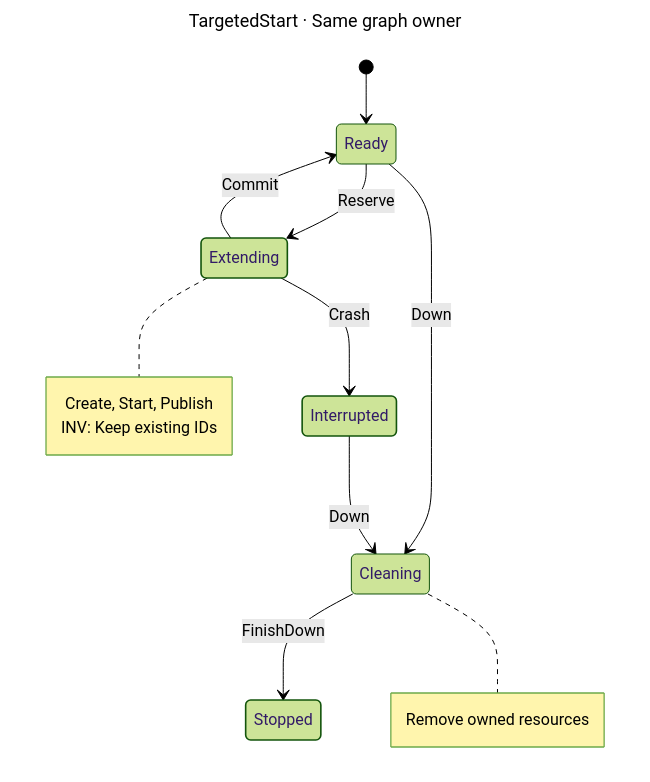
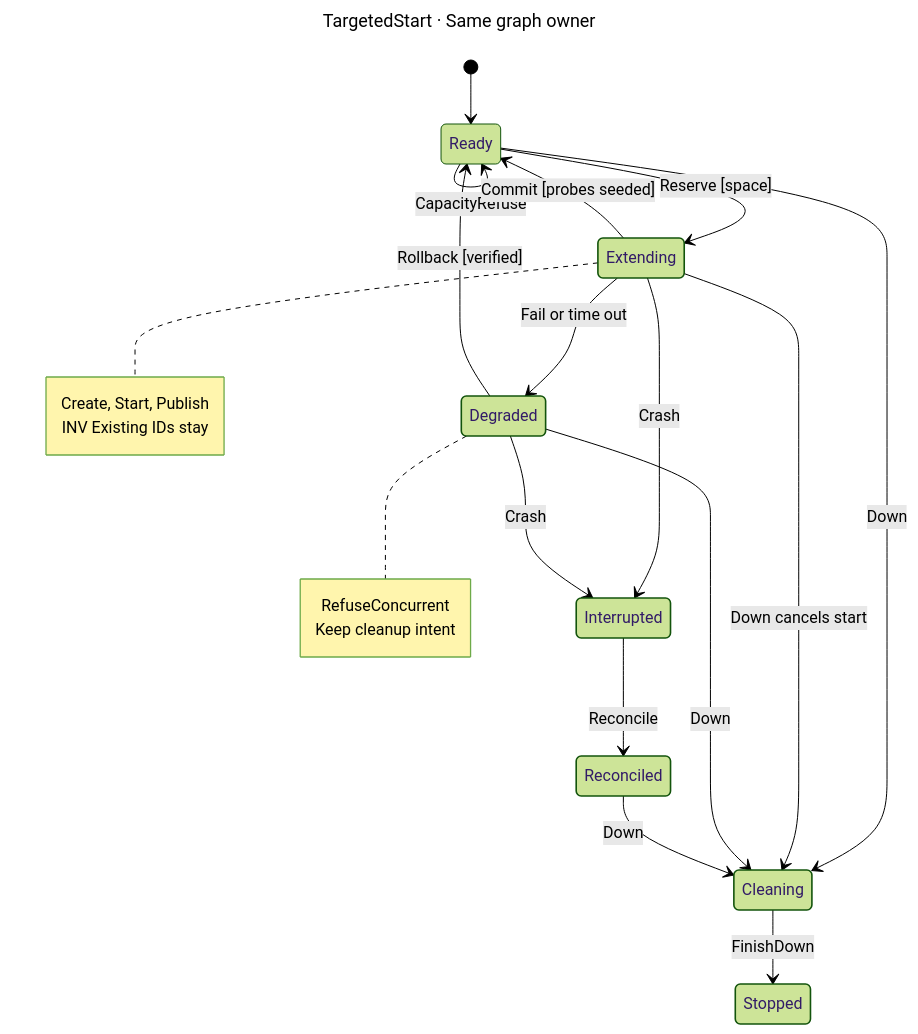
The diagram in docs/reference/state-charts/targeted-start.mmd (hack-dance/hack), drawn with Mermaid (forest theme) before and after one commit. The commit also changed 51 other files, not shown here.

```diff
--- a/docs/reference/state-charts/targeted-start.mmd
+++ b/docs/reference/state-charts/targeted-start.mmd
@@ -1,25 +1,35 @@
 ---
 title: TargetedStart · Same graph owner
 ---
 stateDiagram-v2
     direction TB
     [*] --> Ready
-    Ready --> Extending : Reserve
-    Extending --> Ready : Commit
+    Ready --> Ready : CapacityRefuse
+    Ready --> Extending : Reserve [space]
+    Extending --> Ready : Commit [probes seeded]
+    Extending --> Degraded : Fail or time out
+    Degraded --> Ready : Rollback [verified]
     Extending --> Interrupted : Crash
+    Degraded --> Interrupted : Crash
+    Interrupted --> Reconciled : Reconcile
     Ready --> Cleaning : Down
-    Interrupted --> Cleaning : Down
+    Extending --> Cleaning : Down cancels start
+    Degraded --> Cleaning : Down
+    Reconciled --> Cleaning : Down
     Cleaning --> Stopped : FinishDown
     note right of Extending
       Create, Start, Publish
-      INV: Keep existing IDs
+      INV Existing IDs stay
     end note
-    note right of Cleaning
-      Remove owned resources
+    note right of Degraded
+      RefuseConcurrent
+      Keep cleanup intent
     end note
     classDef live stroke-width:1.6px
+    classDef wait stroke-width:1.6px
     classDef fail stroke-width:1.6px
     classDef ok stroke-width:1.6px
-    class Extending live
-    class Interrupted fail
+    class Extending,Cleaning live
+    class Interrupted,Degraded fail
+    class Reconciled wait
     class Stopped ok
```
